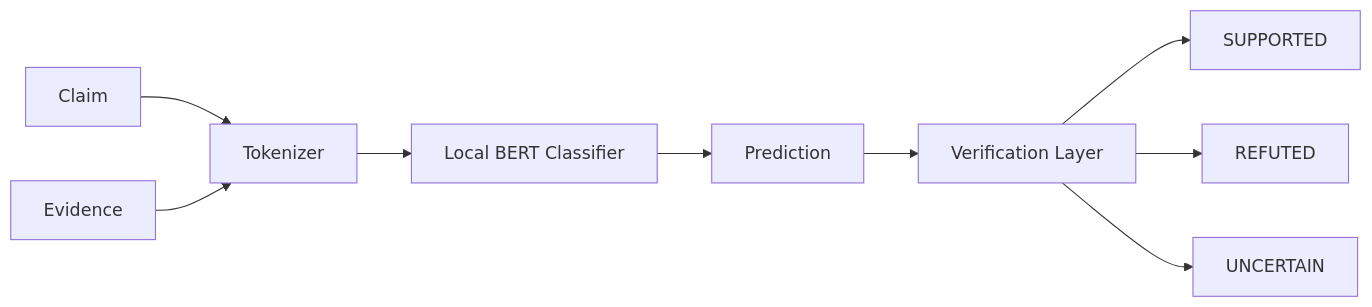
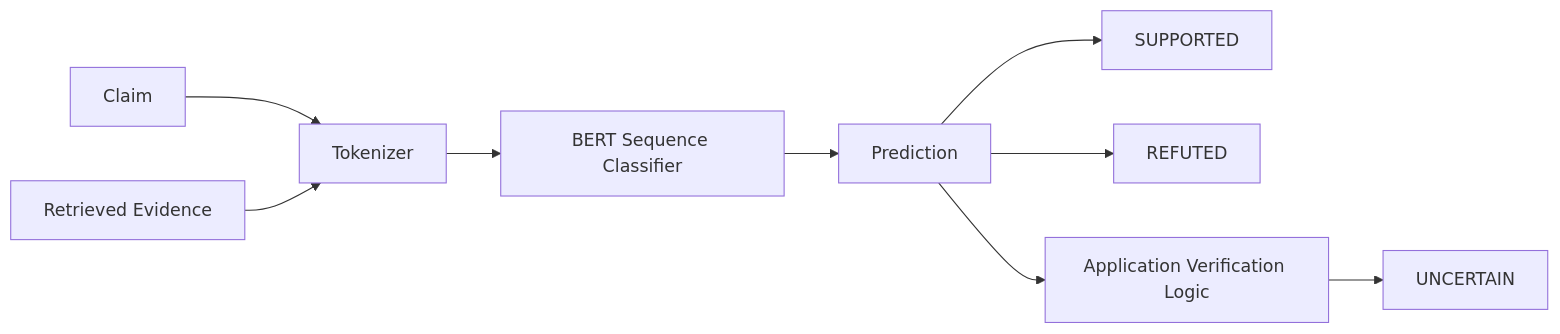
The third of 4 diagrams in README.md (shivaleela-a-ballary/AI_Hallucination_Mitigation), drawn with Mermaid before and after one commit. The commit also changed other lines of this file, not shown here.

````diff
--- a/README.md
+++ b/README.md
@@ -766,11 +422,15 @@
 ```mermaid
 flowchart LR
-    A[Claim] --> C[Tokenizer]
-    B[Evidence] --> C
-    C --> D[Local BERT Classifier]
-    D --> E[Prediction]
-    E --> F[Verification Layer]
-    F --> G[SUPPORTED]
-    F --> H[REFUTED]
-    F --> I[UNCERTAIN]
+    CLAIM["Claim"] --> TOKEN["Tokenizer"]
+    EVIDENCE["Retrieved Evidence"] --> TOKEN
+
+    TOKEN --> BERT["BERT Sequence Classifier"]
+
+    BERT --> PRED["Prediction"]
+
+    PRED --> SUP["SUPPORTED"]
+    PRED --> REF["REFUTED"]
+
+    PRED --> LOGIC["Application Verification Logic"]
+    LOGIC --> UNC["UNCERTAIN"]
 ```
````
